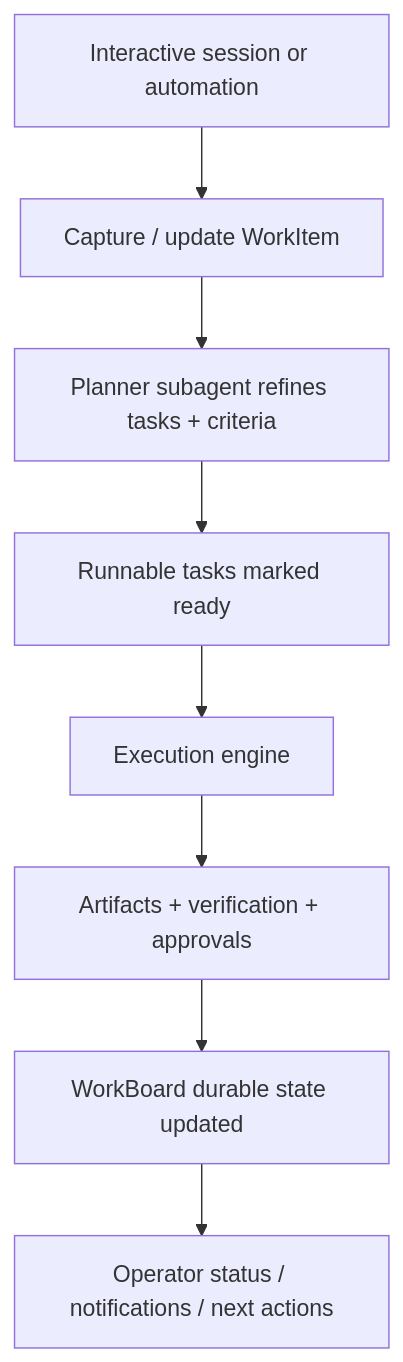
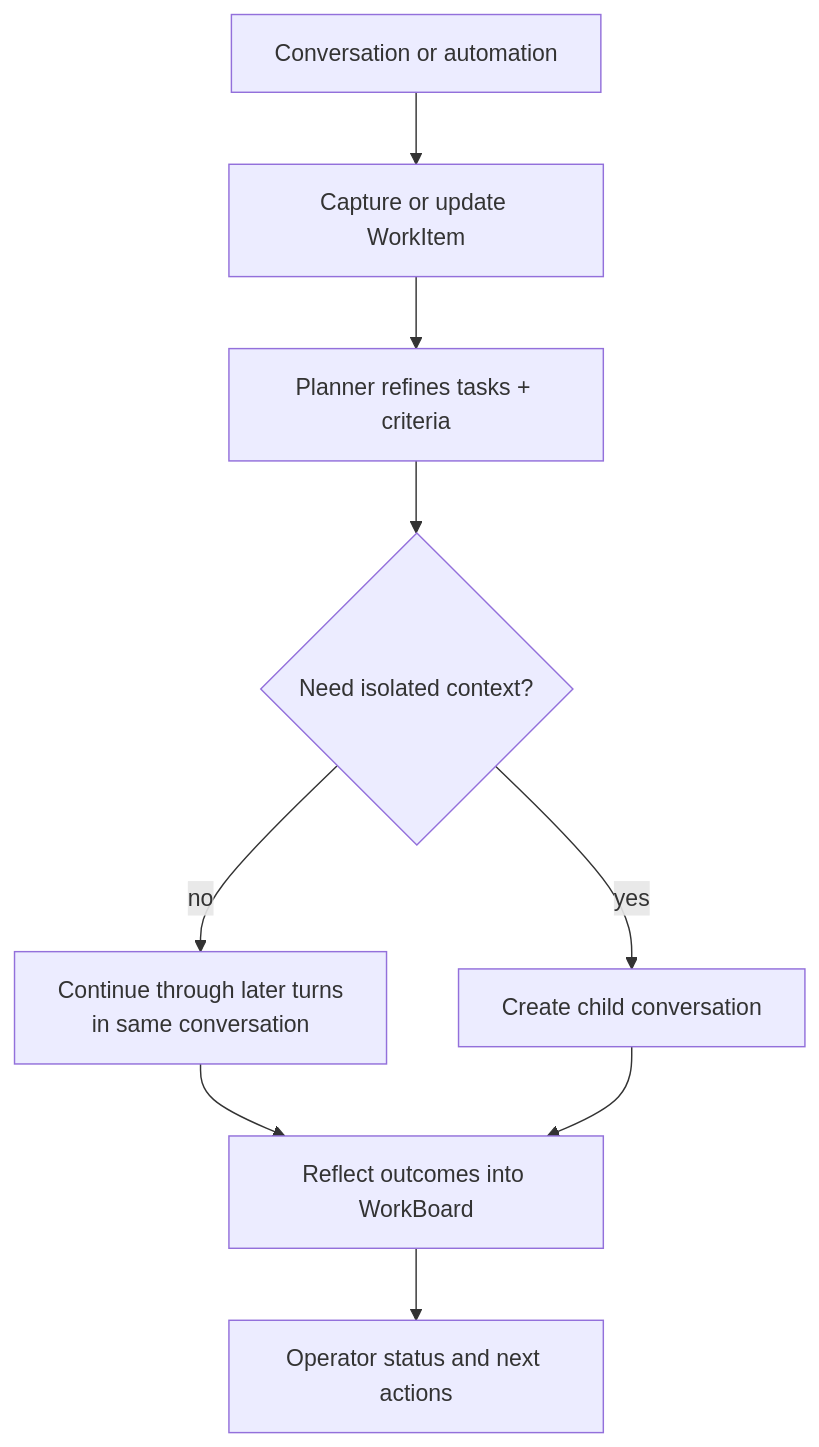
Before and after one commit to tyrumai/tyrum: the diagram in docs/architecture/agent/workboard/delegated-execution.md, drawn with Mermaid. The commit also changed other lines of this file and 56 other files, not shown here.

Commit message:
docs: rewrite architecture around conversations and turns (#1829)

````diff
--- a/docs/architecture/agent/workboard/delegated-execution.md
+++ b/docs/architecture/agent/workboard/delegated-execution.md
@@ -17,10 +17,11 @@
 ```mermaid
 flowchart TB
-  Intake["Interactive session or automation"] --> Capture["Capture / update WorkItem"]
-  Capture --> Refine["Planner subagent refines tasks + criteria"]
-  Refine --> Ready["Runnable tasks marked ready"]
-  Ready --> Engine["Execution engine"]
-  Engine --> Evidence["Artifacts + verification + approvals"]
-  Evidence --> Board["WorkBoard durable state updated"]
-  Board --> Status["Operator status / notifications / next actions"]
+  Intake["Conversation or automation"] --> Capture["Capture or update WorkItem"]
+  Capture --> Refine["Planner refines tasks + criteria"]
+  Refine --> Decide{"Need isolated context?"}
+  Decide -- no --> Same["Continue through later turns<br/>in same conversation"]
+  Decide -- yes --> Child["Create child conversation"]
+  Same --> Reflect["Reflect outcomes into WorkBoard"]
+  Child --> Reflect
+  Reflect --> Status["Operator status and next actions"]
 ```
````
